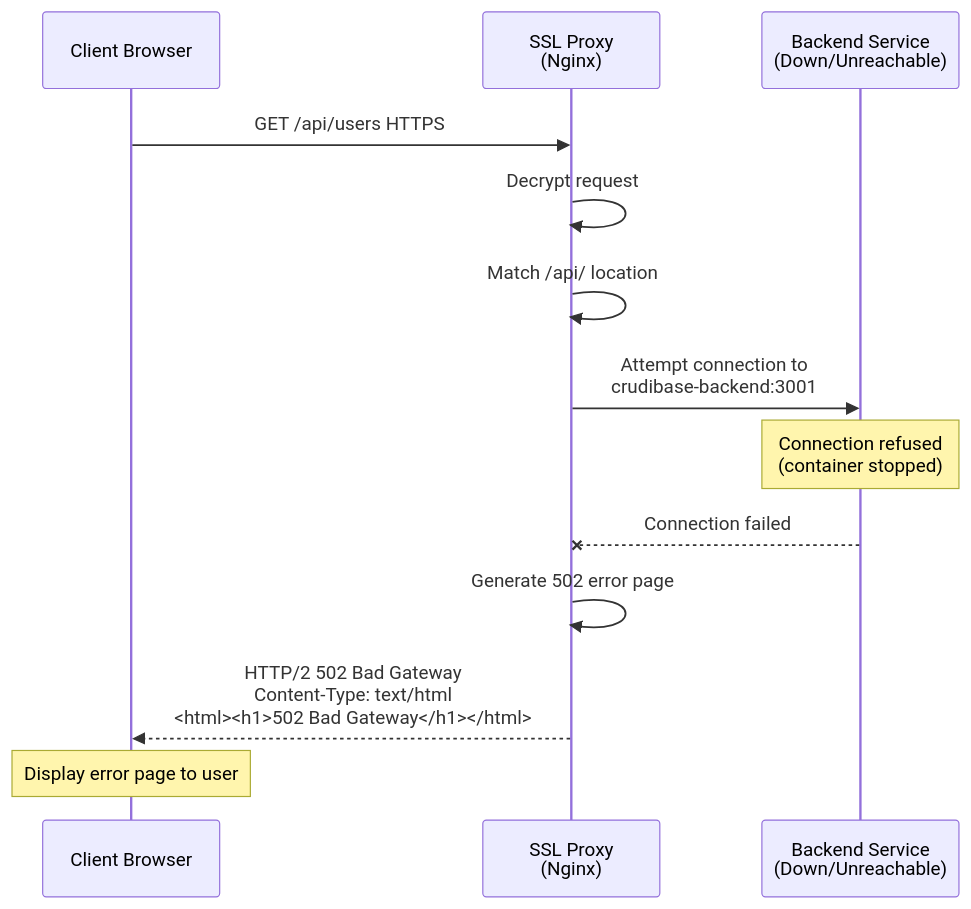
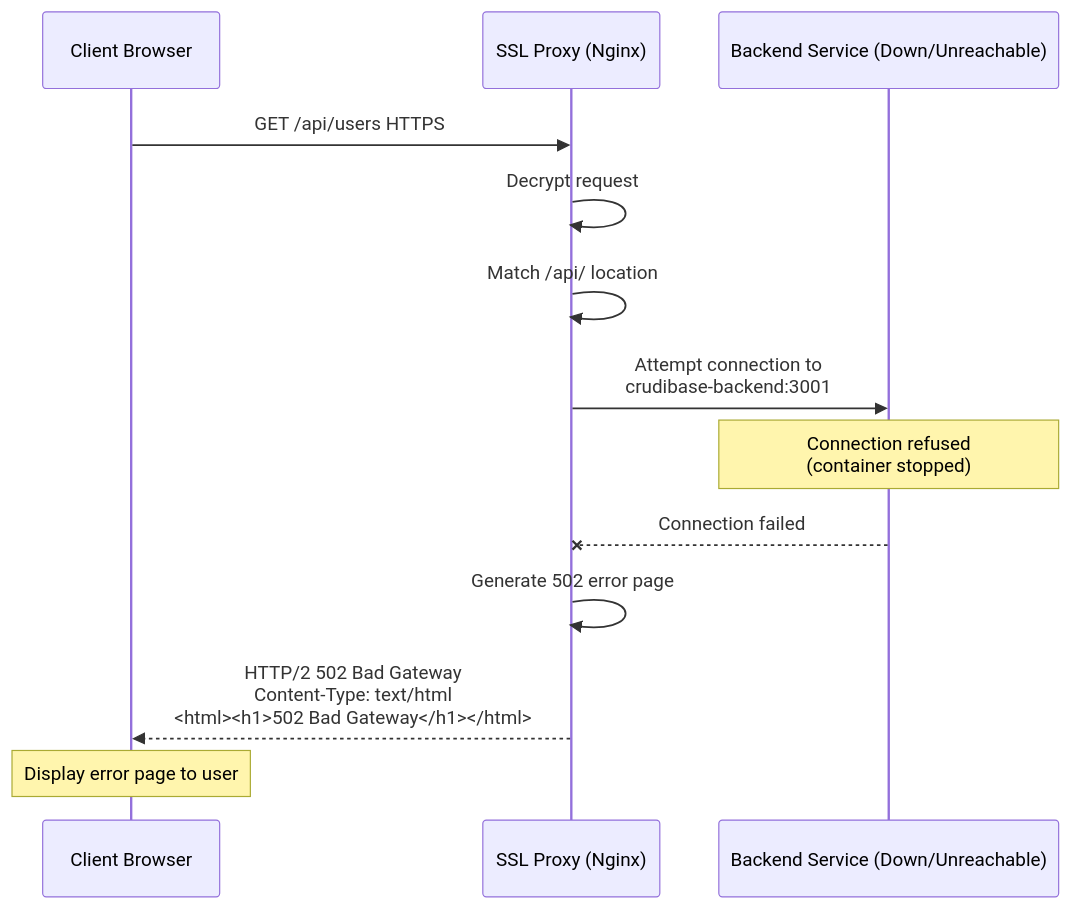
One commit to softwarewrighter/ssl-proxy-for-do changed the eighth of 10 diagrams in wiki/Request-Flow.md. Above: the diagram before and after it, drawn with Mermaid. The commit also changed other lines of this file and 2 other files, not shown here.

First line of the commit message:
Fix Mermaid sequence diagram syntax errors

````diff
--- a/wiki/Request-Flow.md
+++ b/wiki/Request-Flow.md
@@ -468,22 +468,22 @@
 ```mermaid
 sequenceDiagram
     participant Client as Client Browser
-    participant SSLProxy as SSL Proxy<br/>(Nginx)
-    participant Backend as Backend Service<br/>(Down/Unreachable)
+    participant SSLProxy as SSL Proxy (Nginx)
+    participant Backend as Backend Service (Down/Unreachable)
 
     Client->>SSLProxy: GET /api/users HTTPS
 
     SSLProxy->>SSLProxy: Decrypt request
     SSLProxy->>SSLProxy: Match /api/ location
 
     SSLProxy->>Backend: Attempt connection to<br/>crudibase-backend:3001
     Note over Backend: Connection refused<br/>(container stopped)
 
     Backend--XSSLProxy: Connection failed
 
     SSLProxy->>SSLProxy: Generate 502 error page
 
     SSLProxy-->>Client: HTTP/2 502 Bad Gateway<br/>Content-Type: text/html<br/><html><h1>502 Bad Gateway</h1></html>
 
     Note over Client: Display error page to user
 ```
````
